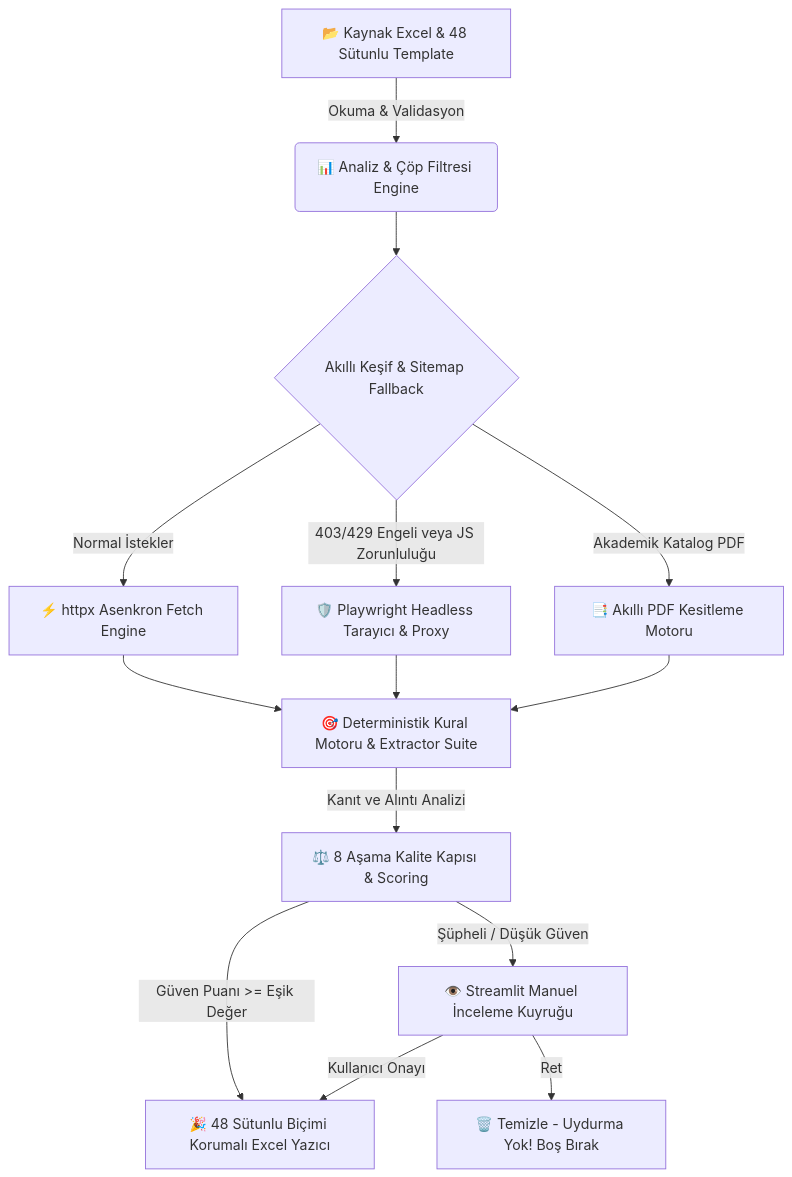
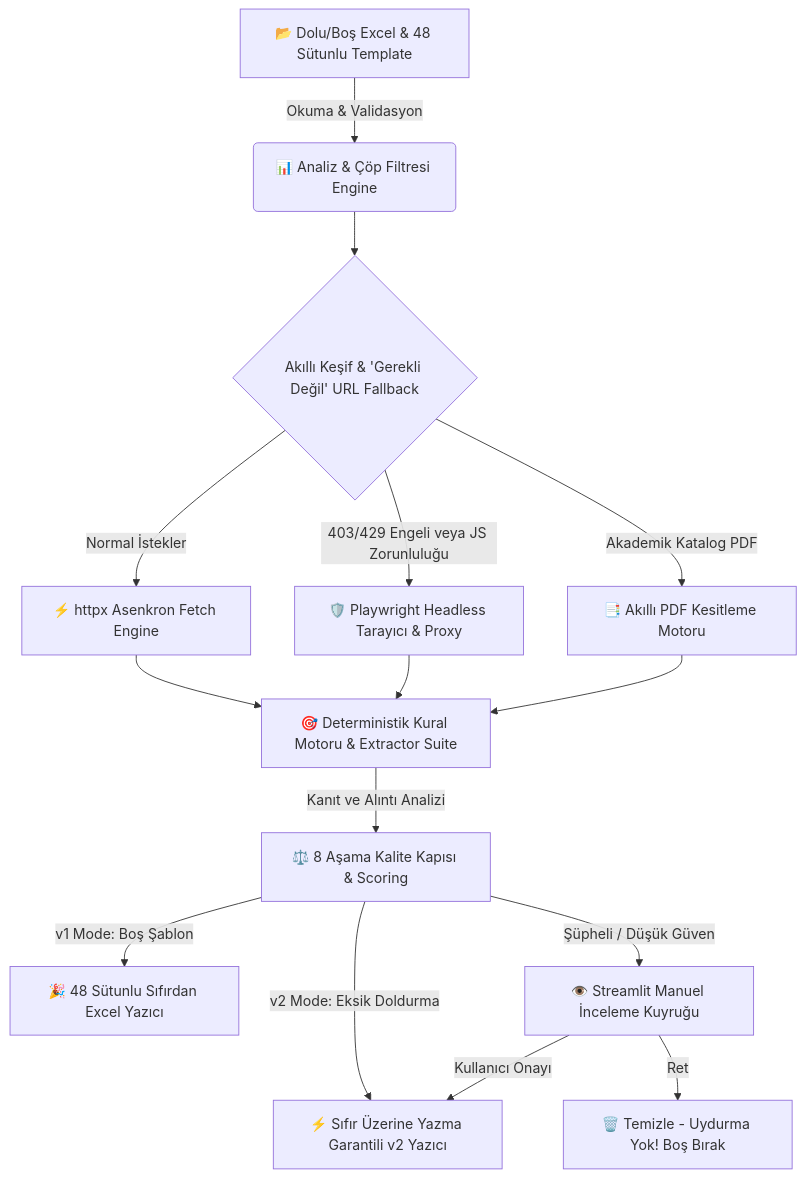
Before and after one commit to omartthr/veri-otomasyonu: the diagram in README.md, drawn with Mermaid. The commit also changed other lines of this file, not shown here.

Commit message:
docs: update README.md for v3.2 (v2 pipeline, zero overwrite & target URL discovery)

````diff
--- a/README.md
+++ b/README.md
@@ -57,18 +62,19 @@
 ```mermaid
 flowchart TD
-    A[📂 Kaynak Excel & 48 Sütunlu Template] -->|Okuma & Validasyon| B(📊 Analiz & Çöp Filtresi Engine)
-    B --> C{Akıllı Keşif & Sitemap Fallback}
+    A[📂 Dolu/Boş Excel & 48 Sütunlu Template] -->|Okuma & Validasyon| B(📊 Analiz & Çöp Filtresi Engine)
+    B --> C{Akıllı Keşif & 'Gerekli Değil' URL Fallback}
     C -->|Normal İstekler| D[⚡ httpx Asenkron Fetch Engine]
     C -->|403/429 Engeli veya JS Zorunluluğu| E[🛡️ Playwright Headless Tarayıcı & Proxy]
     C -->|Akademik Katalog PDF| F[📑 Akıllı PDF Kesitleme Motoru]
     
     D --> G[🎯 Deterministik Kural Motoru & Extractor Suite]
     E --> G
     F --> G
     
     G -->|Kanıt ve Alıntı Analizi| H[⚖️ 8 Aşama Kalite Kapısı & Scoring]
-    H -->|Güven Puanı >= Eşik Değer| I[🎉 48 Sütunlu Biçimi Korumalı Excel Yazıcı]
+    H -->|v1 Mode: Boş Şablon| I1[🎉 48 Sütunlu Sıfırdan Excel Yazıcı]
+    H -->|v2 Mode: Eksik Doldurma| I2[⚡ Sıfır Üzerine Yazma Garantili v2 Yazıcı]
     H -->|Şüpheli / Düşük Güven| J[👁️ Streamlit Manuel İnceleme Kuyruğu]
-    J -->|Kullanıcı Onayı| I
+    J -->|Kullanıcı Onayı| I2
     J -->|Ret| K[🗑️ Temizle - Uydurma Yok! Boş Bırak]
 ```
````
